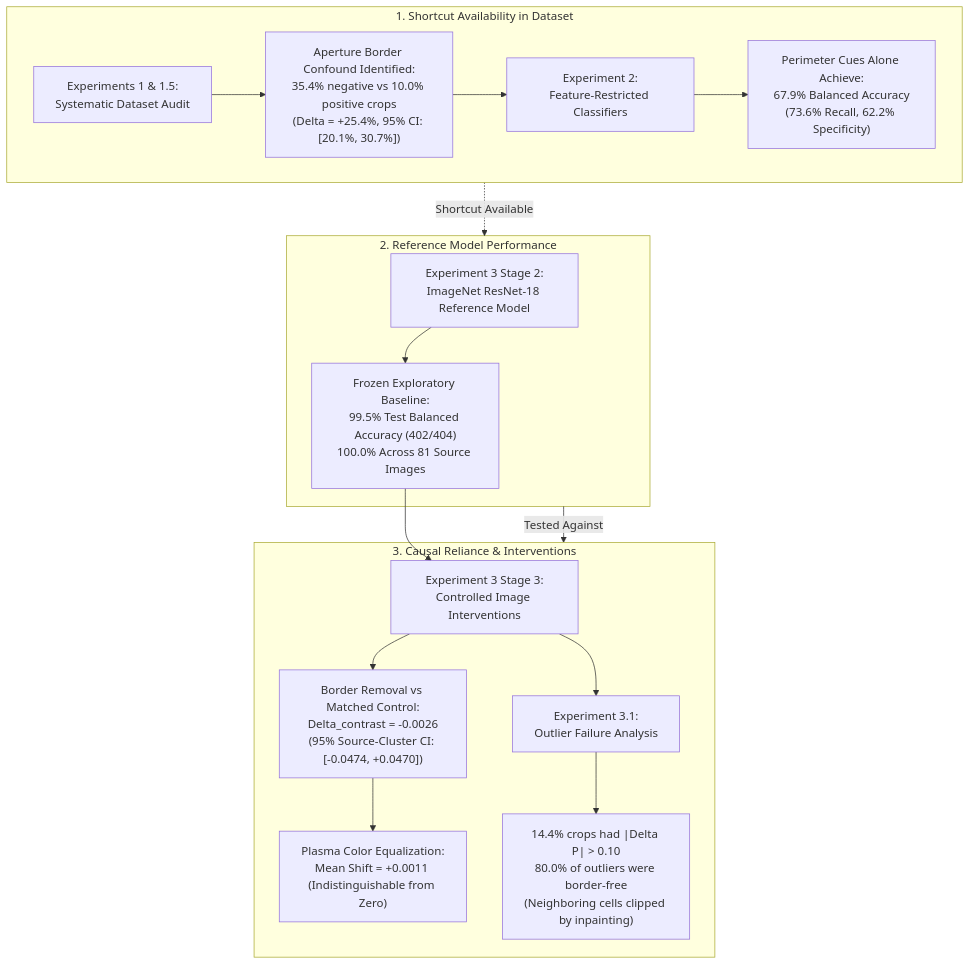
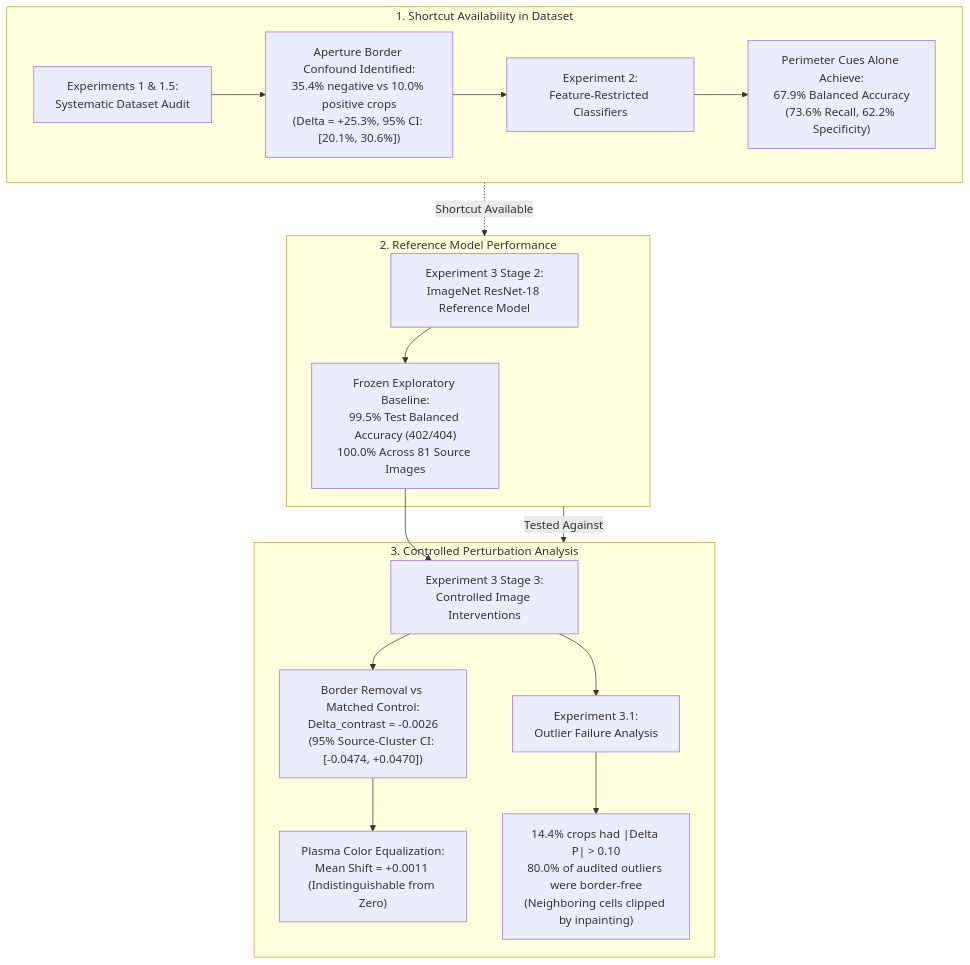
Before and after one commit to Shubhdeepdsa/sickel_cell_ssl: the first of 3 diagrams in README.md, drawn with Mermaid. The commit also changed other lines of this file and 4 other files, not shown here.

Commit message:
docs(audit): overhaul README to address peer review, fix dataset versioning and links

````diff
--- a/README.md
+++ b/README.md
@@ -41,23 +40,23 @@
 ```mermaid
 flowchart TD
     subgraph Part1 ["1. Shortcut Availability in Dataset"]
-        A["Experiments 1 & 1.5:<br/>Systematic Dataset Audit"] --> B["Aperture Border Confound Identified:<br/>35.4% negative vs 10.0% positive crops<br/>(Delta = +25.4%, 95% CI: [20.1%, 30.7%])"]
+        A["Experiments 1 & 1.5:<br/>Systematic Dataset Audit"] --> B["Aperture Border Confound Identified:<br/>35.4% negative vs 10.0% positive crops<br/>(Delta = +25.3%, 95% CI: [20.1%, 30.6%])"]
         B --> C["Experiment 2:<br/>Feature-Restricted Classifiers"]
         C --> D["Perimeter Cues Alone Achieve:<br/>67.9% Balanced Accuracy<br/>(73.6% Recall, 62.2% Specificity)"]
     end
 
     subgraph Part2 ["2. Reference Model Performance"]
         E["Experiment 3 Stage 2:<br/>ImageNet ResNet-18 Reference Model"] --> F["Frozen Exploratory Baseline:<br/>99.5% Test Balanced Accuracy (402/404)<br/>100.0% Across 81 Source Images"]
     end
 
-    subgraph Part3 ["3. Causal Reliance & Interventions"]
+    subgraph Part3 ["3. Controlled Perturbation Analysis"]
         F --> G["Experiment 3 Stage 3:<br/>Controlled Image Interventions"]
         G --> H["Border Removal vs Matched Control:<br/>Delta_contrast = -0.0026<br/>(95% Source-Cluster CI: [-0.0474, +0.0470])"]
         H --> I["Plasma Color Equalization:<br/>Mean Shift = +0.0011 (Indistinguishable from Zero)"]
         G --> J["Experiment 3.1:<br/>Outlier Failure Analysis"]
-        J --> K["14.4% crops had |Delta P| > 0.10<br/>80.0% of outliers were border-free<br/>(Neighboring cells clipped by inpainting)"]
+        J --> K["14.4% crops had |Delta P| > 0.10<br/>80.0% of audited outliers were border-free<br/>(Neighboring cells clipped by inpainting)"]
     end
 
     Part1 -.->|"Shortcut Available"| Part2
     Part2 -->|"Tested Against"| Part3
 ```
````
